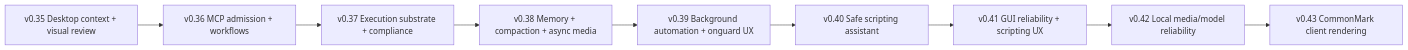
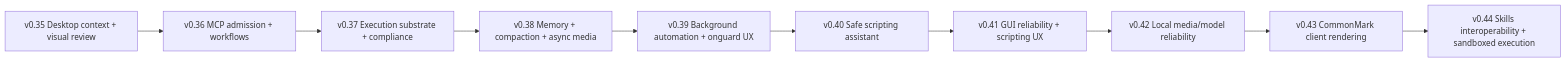
The diagram in ROADMAP.md (marctjones/capabledeputy), drawn with Mermaid before and after one commit. The commit also changed other lines of this file and 1 other file, not shown here.

Commit message:
docs: add v0.44 skills interoperability milestone

````diff
--- a/ROADMAP.md
+++ b/ROADMAP.md
@@ -16,13 +17,14 @@
 ```mermaid
 flowchart LR
   v35[v0.35 Desktop context + visual review]
   v36[v0.36 MCP admission + workflows]
   v37[v0.37 Execution substrate + compliance]
   v38[v0.38 Memory + compaction + async media]
   v39[v0.39 Background automation + onguard UX]
   v40[v0.40 Safe scripting assistant]
   v41[v0.41 GUI reliability + scripting UX]
   v42[v0.42 Local media/model reliability]
   v43[v0.43 CommonMark client rendering]
-  v35 --> v36 --> v37 --> v38 --> v39 --> v40 --> v41 --> v42 --> v43
+  v44[v0.44 Skills interoperability + sandboxed execution]
+  v35 --> v36 --> v37 --> v38 --> v39 --> v40 --> v41 --> v42 --> v43 --> v44
 ```
````
